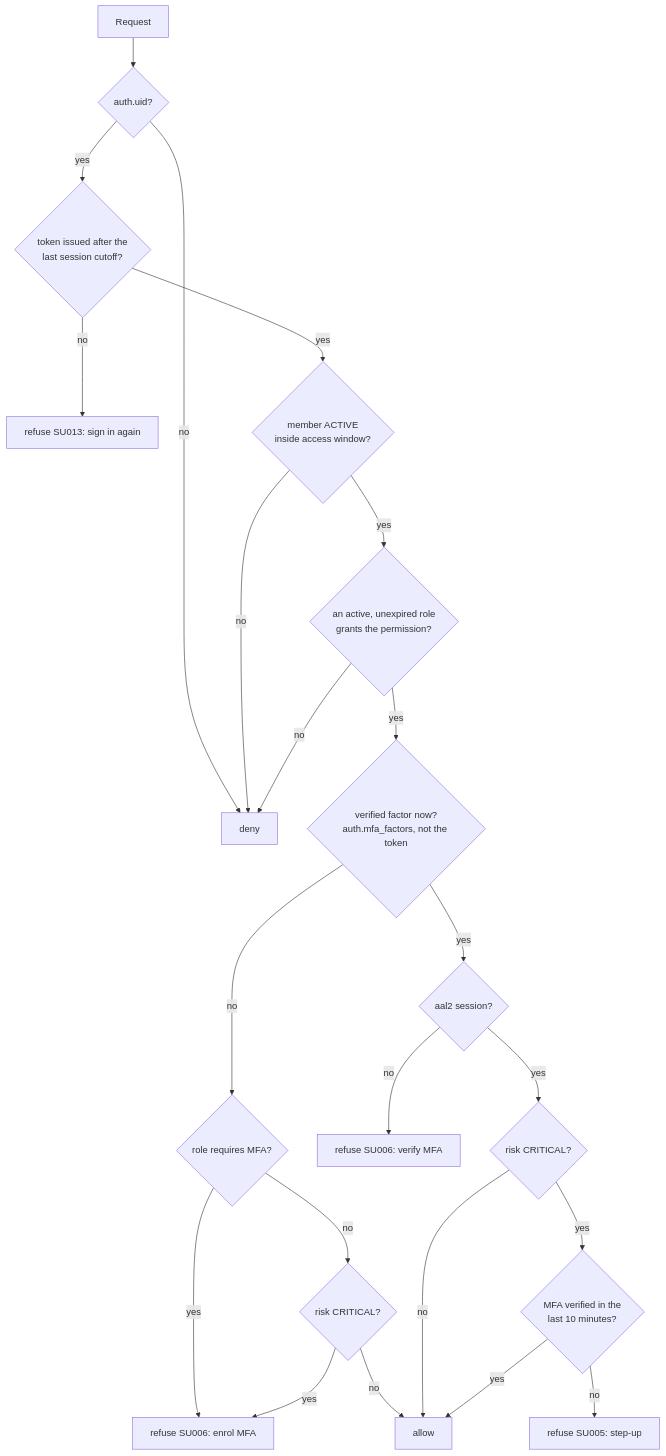
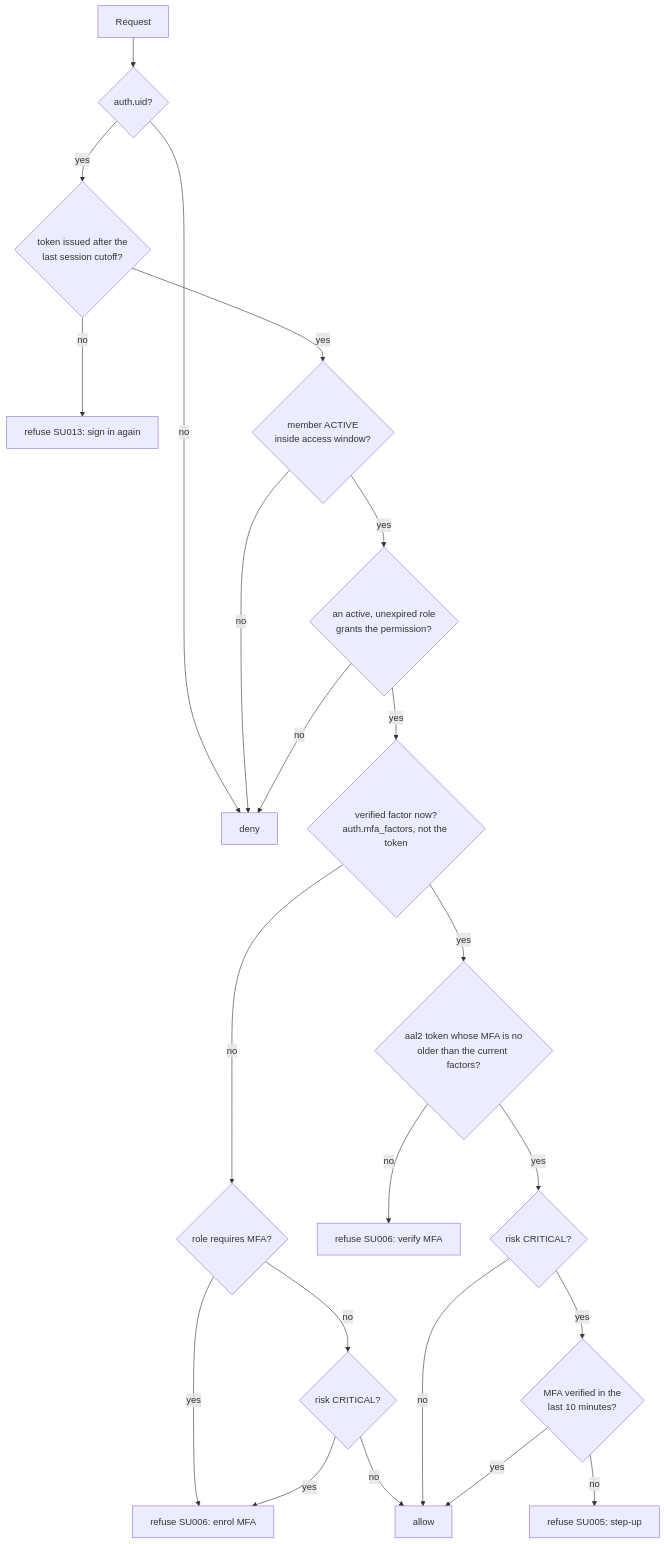
Before and after one commit to Pedruzz30/SpaceUnderground: the second of 4 diagrams in docs/security-architecture.md, drawn with Mermaid. The commit also changed other lines of this file and 10 other files, not shown here.

````diff
--- a/docs/security-architecture.md
+++ b/docs/security-architecture.md
@@ -153,24 +153,24 @@
 ```mermaid
 flowchart TD
   R[Request] --> U{auth.uid?}
   U -- no --> D[deny]
   U -- yes --> T{token issued after the<br/>last session cutoff?}
   T -- no --> SU013[refuse SU013: sign in again]
   T -- yes --> M{member ACTIVE<br/>inside access window?}
   M -- no --> D
   M -- yes --> G{an active, unexpired role<br/>grants the permission?}
   G -- no --> D
   G -- yes --> F{verified factor now?<br/>auth.mfa_factors, not the token}
   F -- no --> P{role requires MFA?}
   P -- yes --> SU006[refuse SU006: enrol MFA]
   P -- no --> C{risk CRITICAL?}
   C -- yes --> SU006
   C -- no --> A[allow]
-  F -- yes --> Q{aal2 session?}
+  F -- yes --> Q{aal2 token whose MFA is no<br/>older than the current factors?}
   Q -- no --> SU006b[refuse SU006: verify MFA]
   Q -- yes --> K{risk CRITICAL?}
   K -- no --> A
   K -- yes --> S{MFA verified in the<br/>last 10 minutes?}
   S -- no --> SU005[refuse SU005: step-up]
   S -- yes --> A
 ```
````
